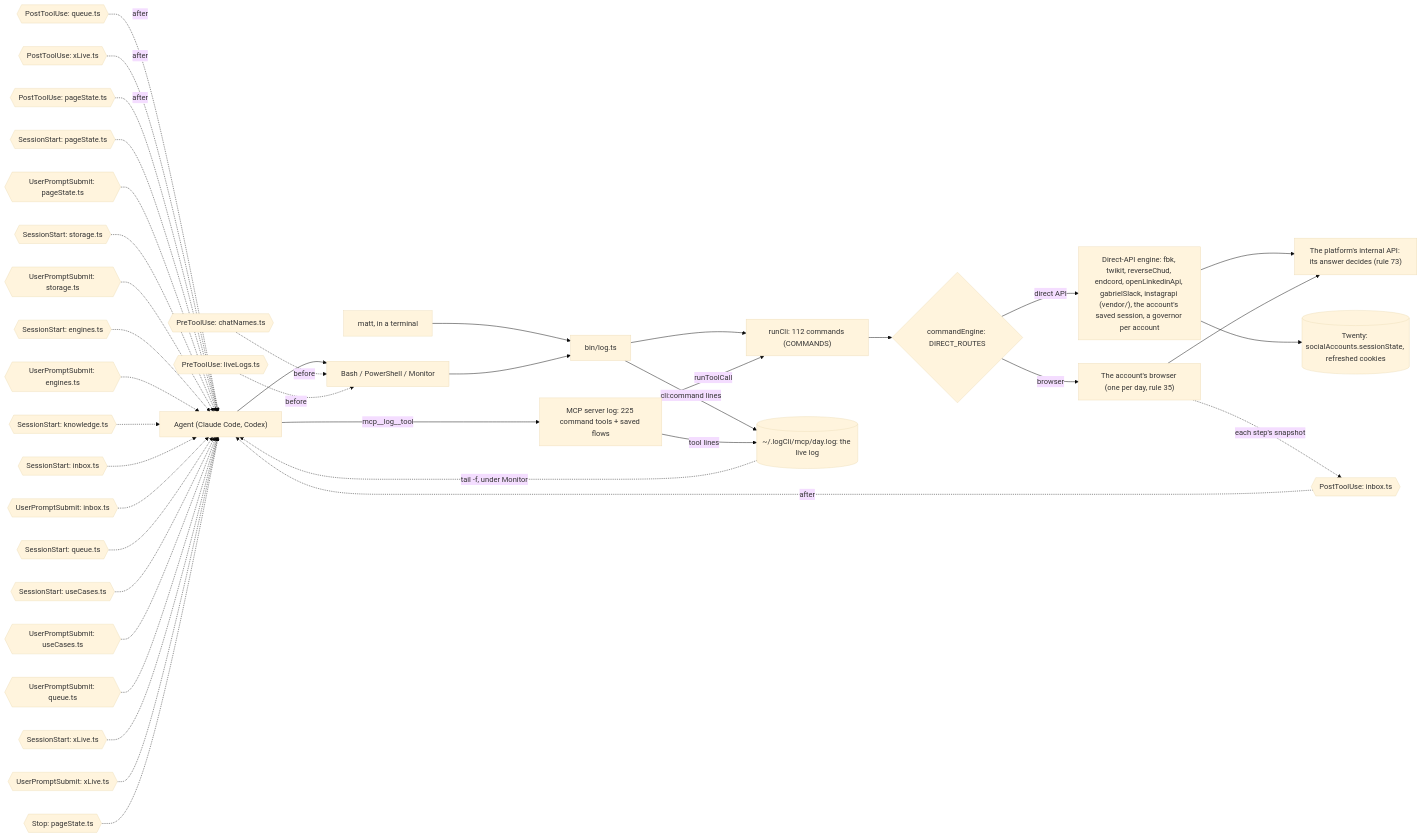
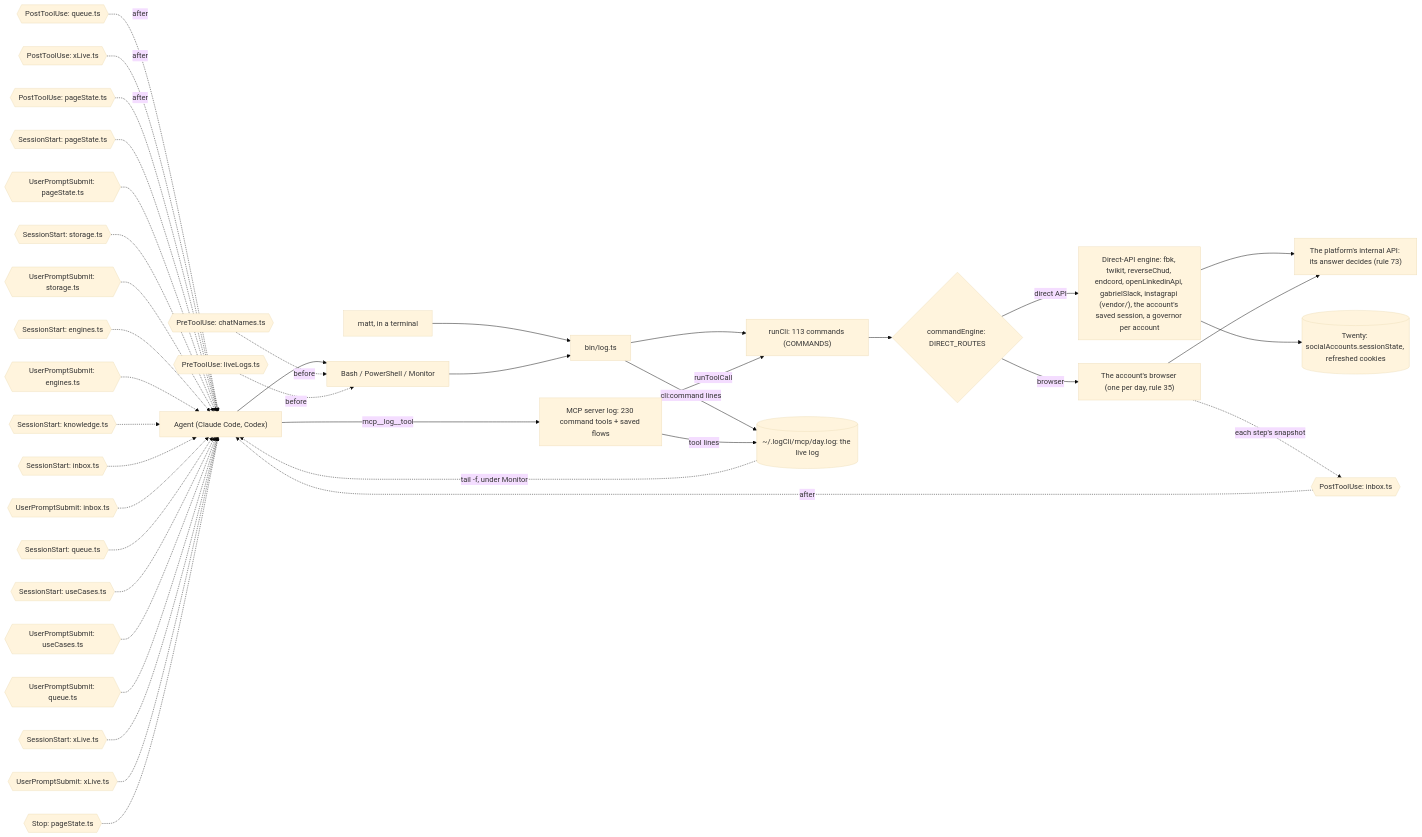
One commit to matthewdonsemail-lab/log changed the diagram in docs/diagrams/surface.mmd. Above: the diagram before and after it, drawn with Mermaid (base theme). The commit also changed 55 other files, not shown here.

```diff
--- a/docs/diagrams/surface.mmd
+++ b/docs/diagrams/surface.mmd
@@ -1,53 +1,53 @@
 %% How a call reaches log-cli. From a shell or over MCP, both run the same commands through `runCli`, write the same live log, and pass through the same hooks. `commandEngine` sends each command to the platform's direct API or to the account's browser.
 %% Written by `bun run docs:build` from the code (rule 56). Not edited by hand.
 flowchart LR
   agent["Agent (Claude Code, Codex)"]
   matt["matt, in a terminal"]
   shell["Bash / PowerShell / Monitor"]
-  mcp["MCP server log: 225 command tools + saved flows"]
+  mcp["MCP server log: 230 command tools + saved flows"]
   bin["bin/log.ts"]
-  runCli["runCli: 112 commands (COMMANDS)"]
+  runCli["runCli: 113 commands (COMMANDS)"]
   live[("~/.logCli/mcp/day.log: the live log")]
   engine{"commandEngine: DIRECT_ROUTES"}
   direct["Direct-API engine: fbk, twikit, reverseChud, endcord, openLinkedinApi, gabrielSlack, instagrapi (vendor/), the account's saved session, a governor per account"]
   browser["The account's browser (one per day, rule 35)"]
   api["The platform's internal API: its answer decides (rule 73)"]
   twenty[("Twenty: socialAccounts.sessionState, refreshed cookies")]
   agent --> shell
   matt --> bin
   shell --> bin
   agent -->|mcp__log__tool| mcp
   bin --> runCli
   mcp -->|runToolCall| runCli
   runCli --> engine
   engine -->|direct API| direct
   engine -->|browser| browser
   direct --> api
   browser --> api
   direct --> twenty
   bin -->|cli:command lines| live
   mcp -->|tool lines| live
   live -.->|tail -f, under Monitor| agent
   pre0{{"PreToolUse: chatNames.ts"}} -.->|before| shell
   pre1{{"PreToolUse: liveLogs.ts"}} -.->|before| shell
   post0{{"PostToolUse: inbox.ts"}} -.->|after| agent
   post1{{"PostToolUse: queue.ts"}} -.->|after| agent
   post2{{"PostToolUse: xLive.ts"}} -.->|after| agent
   post3{{"PostToolUse: pageState.ts"}} -.->|after| agent
   turn0{{"SessionStart: pageState.ts"}} -.-> agent
   turn1{{"UserPromptSubmit: pageState.ts"}} -.-> agent
   turn2{{"SessionStart: storage.ts"}} -.-> agent
   turn3{{"UserPromptSubmit: storage.ts"}} -.-> agent
   turn4{{"SessionStart: engines.ts"}} -.-> agent
   turn5{{"UserPromptSubmit: engines.ts"}} -.-> agent
   turn6{{"SessionStart: knowledge.ts"}} -.-> agent
   turn7{{"SessionStart: inbox.ts"}} -.-> agent
   turn8{{"UserPromptSubmit: inbox.ts"}} -.-> agent
   turn9{{"SessionStart: queue.ts"}} -.-> agent
   turn10{{"SessionStart: useCases.ts"}} -.-> agent
   turn11{{"UserPromptSubmit: useCases.ts"}} -.-> agent
   turn12{{"UserPromptSubmit: queue.ts"}} -.-> agent
   turn13{{"SessionStart: xLive.ts"}} -.-> agent
   turn14{{"UserPromptSubmit: xLive.ts"}} -.-> agent
   turn15{{"Stop: pageState.ts"}} -.-> agent
   browser -.->|each step's snapshot| post0
```
